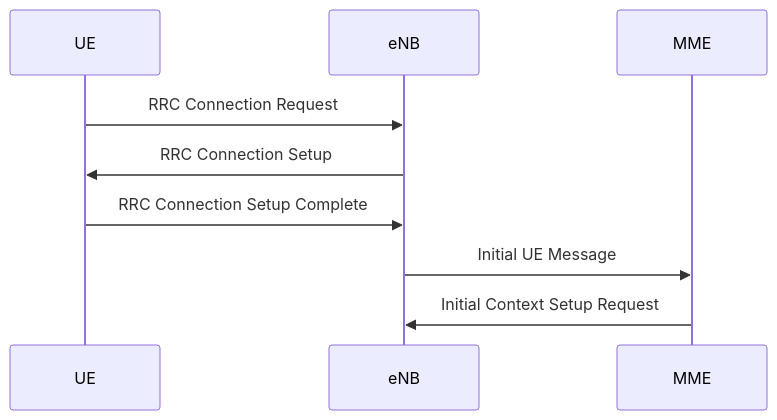
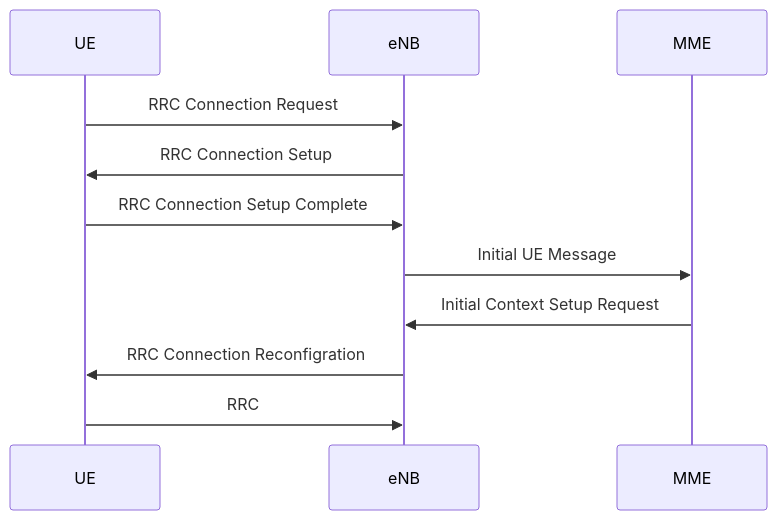
One commit to ThomasRochette/NoteCours changed the second of 2 diagrams in ARM.md. Above: the diagram before and after it, drawn with Mermaid. The commit also changed other lines of this file, not shown here.

Commit message:
Uploaded by https://stackedit.io/

````diff
--- a/ARM.md
+++ b/ARM.md
@@ -102,8 +102,10 @@
 ```mermaid
 sequenceDiagram
 UE ->> eNB: RRC Connection Request
 eNB ->> UE: RRC Connection Setup
 UE ->> eNB: RRC Connection Setup Complete
 eNB ->> MME: Initial UE Message
 MME ->> eNB: Initial Context Setup Request
+eNB ->> UE: RRC Connection Reconfigration 
+UE ->> eNB: RRC 
 ```
````
